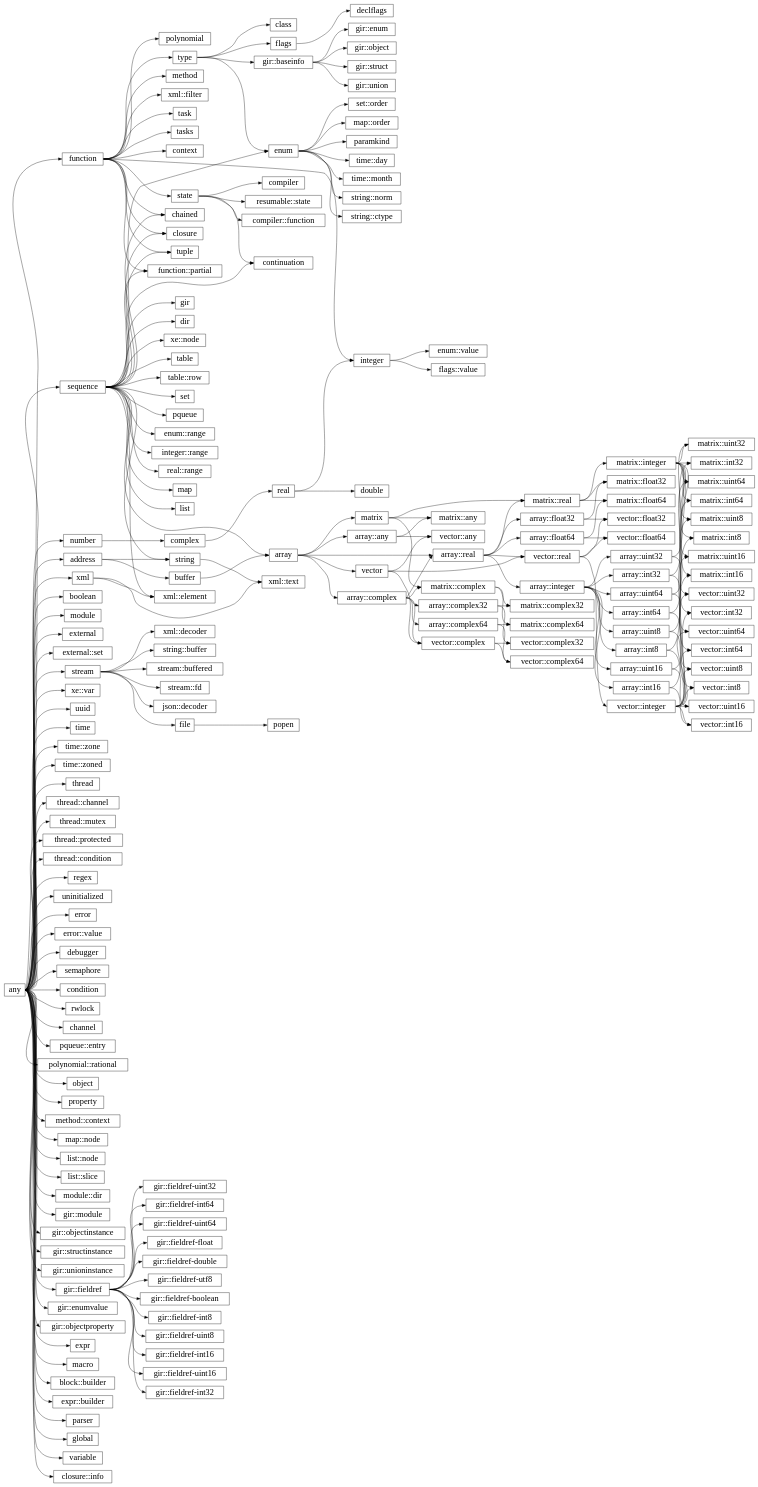
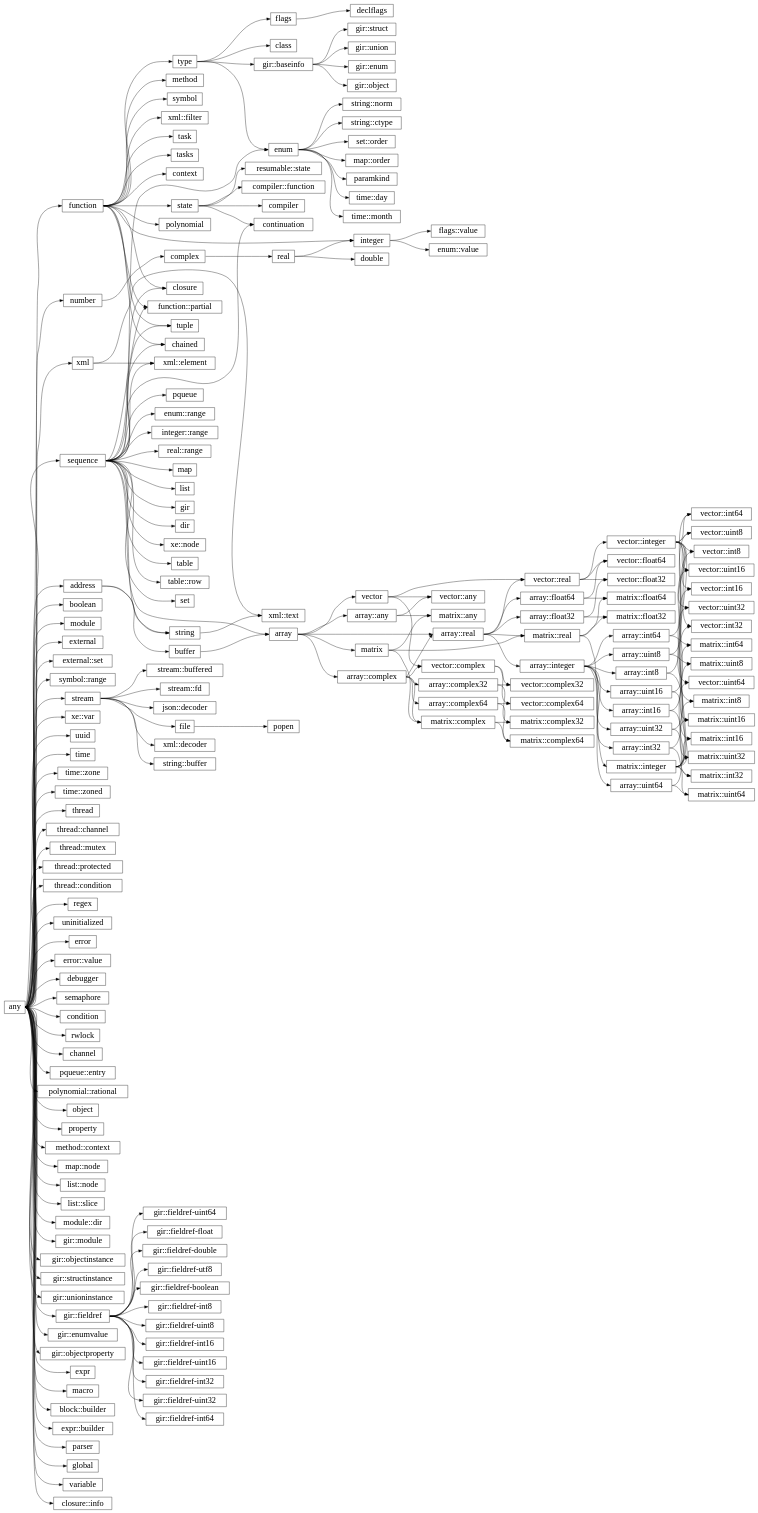
The diagram in docs/library/hierarchy.rst (wrapl/minilang), drawn with Graphviz before and after one commit. The commit also changed 13 other files, not shown here.

```diff
--- a/docs/library/hierarchy.rst
+++ b/docs/library/hierarchy.rst
@@ -23,6 +23,8 @@
       "any":e -> "module":w;
       "any":e -> "external":w;
       "any":e -> "external::set":w;
+      "function":e -> "symbol":w;
+      "any":e -> "symbol::range":w;
       "any":e -> "xml":w;
       "xml":e -> "xml::text":w;
       "string":e -> "xml::text":w;
```
